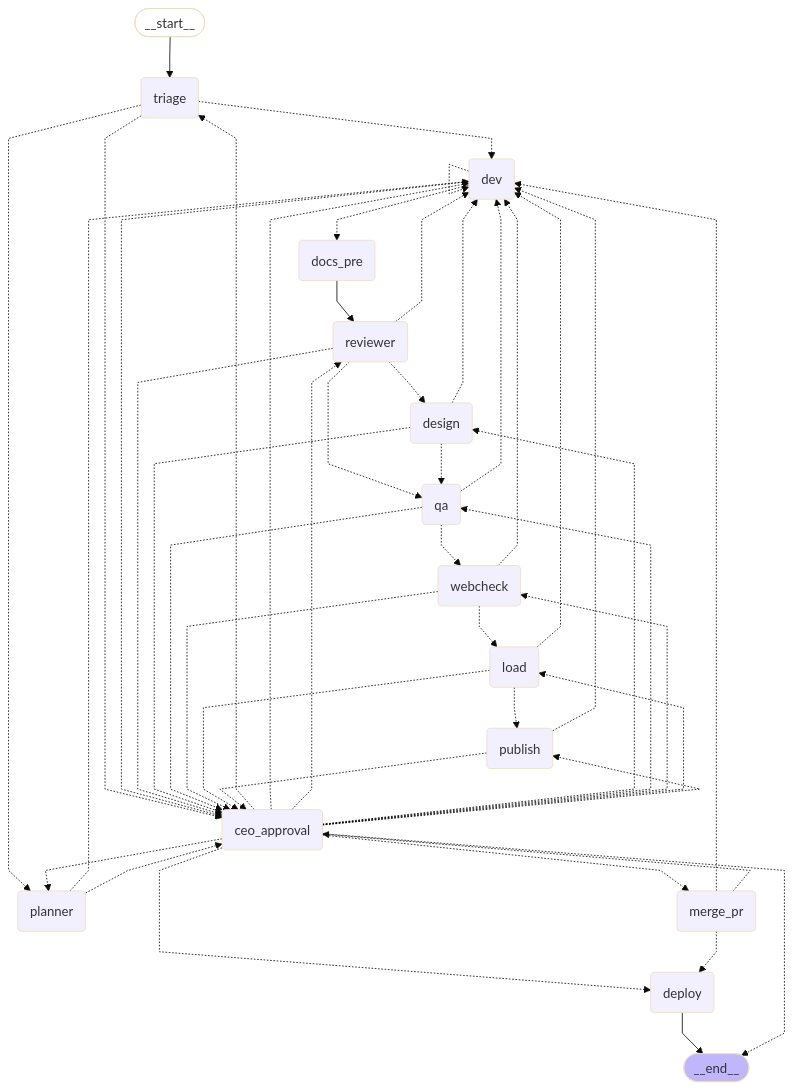
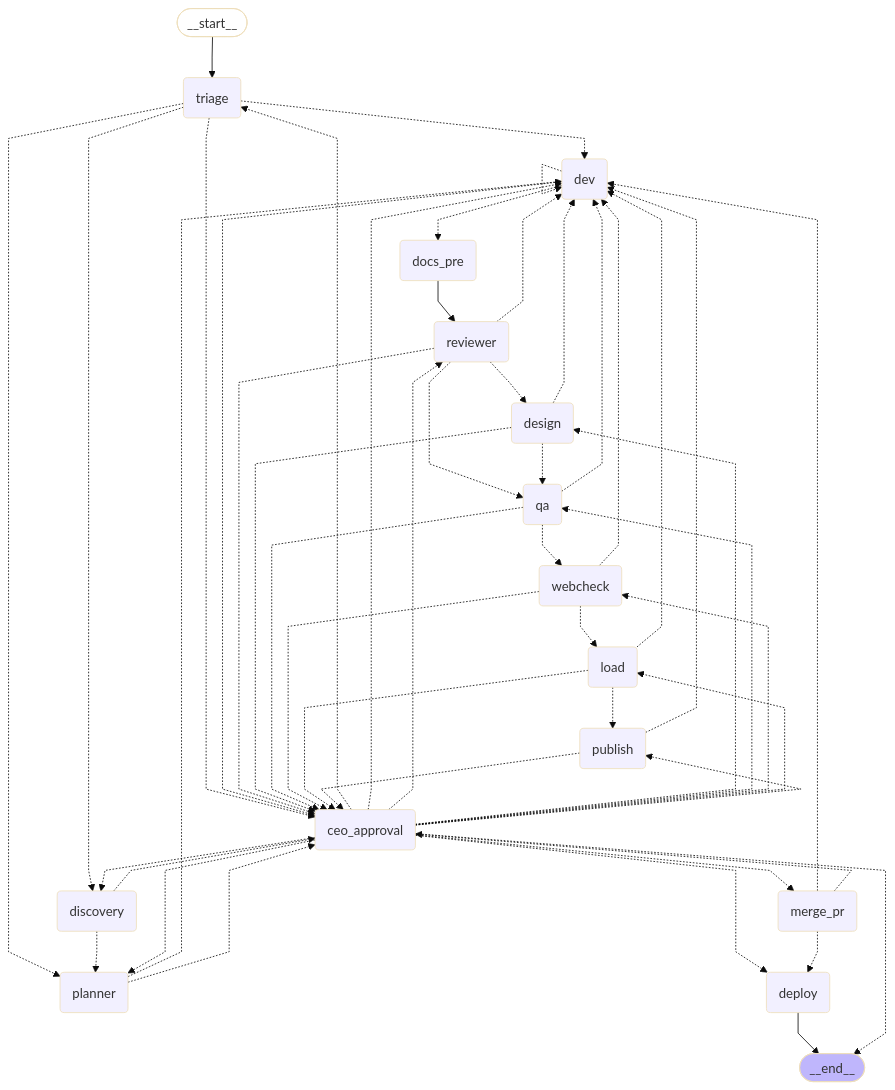
One commit to venturelli-91/agent-softhouse-orchestrator changed the diagram in orchestrator/docs/11-reference.md. Above: the diagram before and after it, drawn with Mermaid (base theme). The commit also changed 5 other files, not shown here.

````diff
--- a/orchestrator/docs/11-reference.md
+++ b/orchestrator/docs/11-reference.md
@@ -87,66 +87,71 @@
 ```mermaid
 %%{init: {'flowchart': {'curve': 'linear'}}}%%
 graph TD;
 	__start__([<p>__start__</p>]):::first
 	triage(triage)
+	discovery(discovery)
 	planner(planner)
 	dev(dev)
 	docs_pre(docs_pre)
 	reviewer(reviewer)
 	design(design)
 	qa(qa)
 	webcheck(webcheck)
 	load(load)
 	publish(publish)
 	ceo_approval(ceo_approval)
 	merge_pr(merge_pr)
 	deploy(deploy)
 	__end__([<p>__end__</p>]):::last
 	__start__ --> triage;
 	docs_pre --> reviewer;
 	deploy --> __end__;
 	triage -.-> dev;
+	triage -.-> discovery;
 	triage -.-> planner;
+	discovery -.-> planner;
+	discovery -.-> ceo_approval;
 	triage -.-> ceo_approval;
 	planner -.-> dev;
 	planner -.-> ceo_approval;
 	dev -.-> docs_pre;
 	dev -.-> dev;
 	dev -.-> ceo_approval;
 	reviewer -.-> design;
 	reviewer -.-> qa;
 	reviewer -.-> dev;
 	reviewer -.-> ceo_approval;
 	design -.-> qa;
 	design -.-> dev;
 	design -.-> ceo_approval;
 	qa -.-> webcheck;
 	qa -.-> dev;
 	qa -.-> ceo_approval;
 	webcheck -.-> load;
 	webcheck -.-> dev;
 	webcheck -.-> ceo_approval;
 	load -.-> publish;
 	load -.-> dev;
 	load -.-> ceo_approval;
 	publish -.-> ceo_approval;
 	publish -.-> dev;
 	ceo_approval -.-> triage;
+	ceo_approval -.-> discovery;
 	ceo_approval -.-> planner;
 	ceo_approval -.-> dev;
 	ceo_approval -.-> reviewer;
 	ceo_approval -.-> design;
 	ceo_approval -.-> qa;
 	ceo_approval -.-> webcheck;
 	ceo_approval -.-> load;
 	ceo_approval -.-> publish;
 	ceo_approval -.-> deploy;
 	ceo_approval -.-> merge_pr;
 	ceo_approval -.-> __end__;
 	merge_pr -.-> deploy;
 	merge_pr -.-> dev;
 	merge_pr -.-> ceo_approval;
 	classDef default fill:#f2f0ff,line-height:1.2;
 	classDef first fill-opacity:0;
 	classDef last fill:#bfb6fc;
 ```
````
